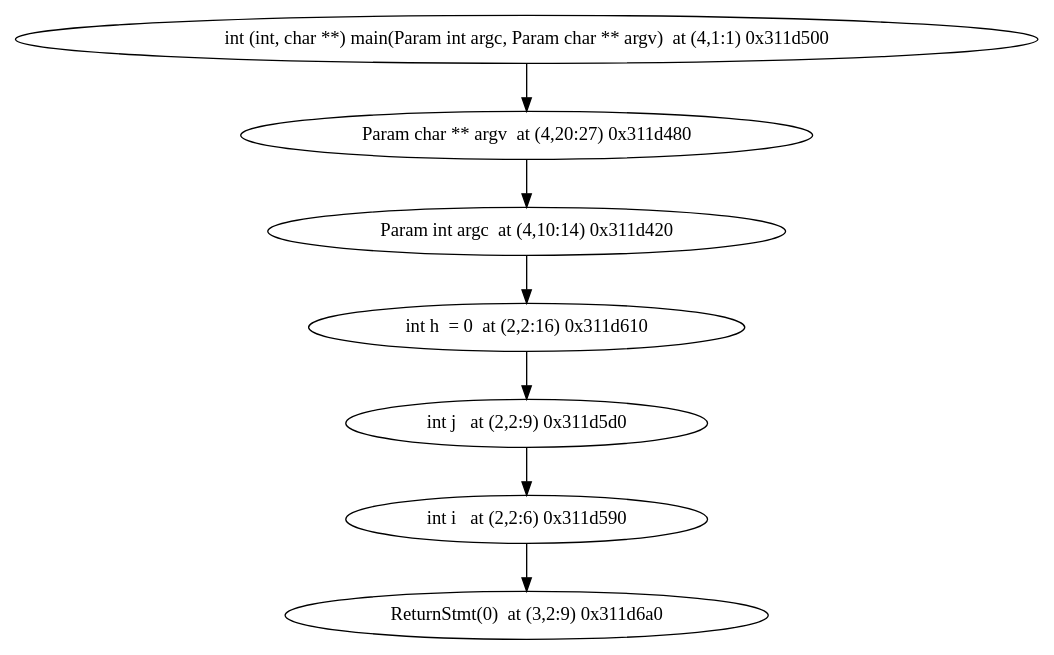
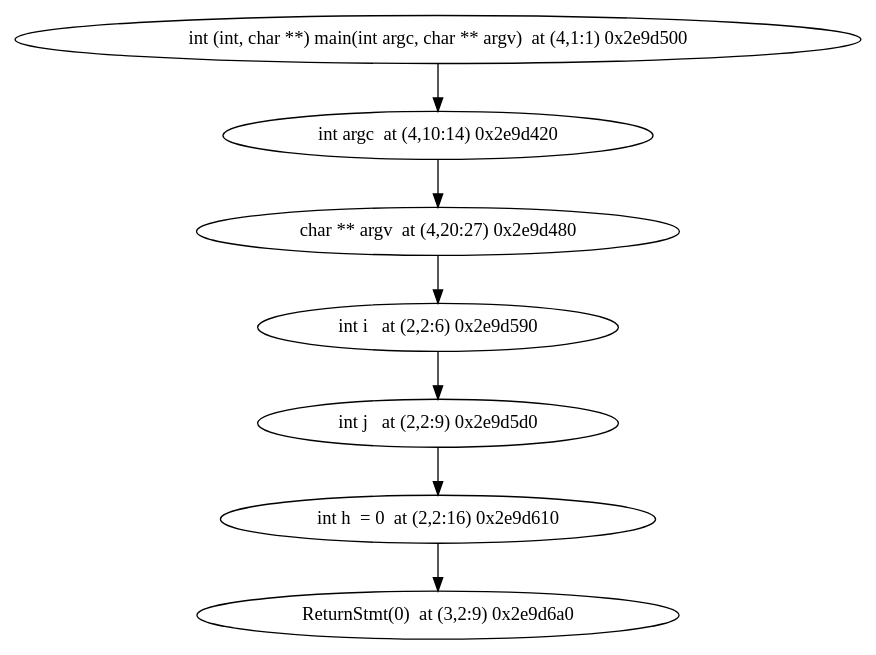
One commit to jxw1102/Projet-merou changed the diagram in ModelChecker/unitary_tests/ast/various/test.dot. Above: the diagram before and after it, drawn with Graphviz. The commit also changed 28 other files, not shown here.

```diff
--- a/ModelChecker/unitary_tests/ast/various/test.dot
+++ b/ModelChecker/unitary_tests/ast/various/test.dot
@@ -1,9 +1,9 @@
 digraph {
-"int (int, char **) main(Param int argc, Param char ** argv)  at (4,1:1) 0x311d500" -> "Param char ** argv  at (4,20:27) 0x311d480"
-"Param char ** argv  at (4,20:27) 0x311d480" -> "Param int argc  at (4,10:14) 0x311d420"
-"Param int argc  at (4,10:14) 0x311d420" -> "int h  = 0  at (2,2:16) 0x311d610"
-"int h  = 0  at (2,2:16) 0x311d610" -> "int j   at (2,2:9) 0x311d5d0"
-"int j   at (2,2:9) 0x311d5d0" -> "int i   at (2,2:6) 0x311d590"
-"int i   at (2,2:6) 0x311d590" -> "ReturnStmt(0)  at (3,2:9) 0x311d6a0"
-"ReturnStmt(0)  at (3,2:9) 0x311d6a0"
+"int (int, char **) main(int argc, char ** argv)  at (4,1:1) 0x2e9d500" -> "int argc  at (4,10:14) 0x2e9d420"
+"int argc  at (4,10:14) 0x2e9d420" -> "char ** argv  at (4,20:27) 0x2e9d480"
+"char ** argv  at (4,20:27) 0x2e9d480" -> "int i   at (2,2:6) 0x2e9d590"
+"int i   at (2,2:6) 0x2e9d590" -> "int j   at (2,2:9) 0x2e9d5d0"
+"int j   at (2,2:9) 0x2e9d5d0" -> "int h  = 0  at (2,2:16) 0x2e9d610"
+"int h  = 0  at (2,2:16) 0x2e9d610" -> "ReturnStmt(0)  at (3,2:9) 0x2e9d6a0"
+"ReturnStmt(0)  at (3,2:9) 0x2e9d6a0"
 }
```
